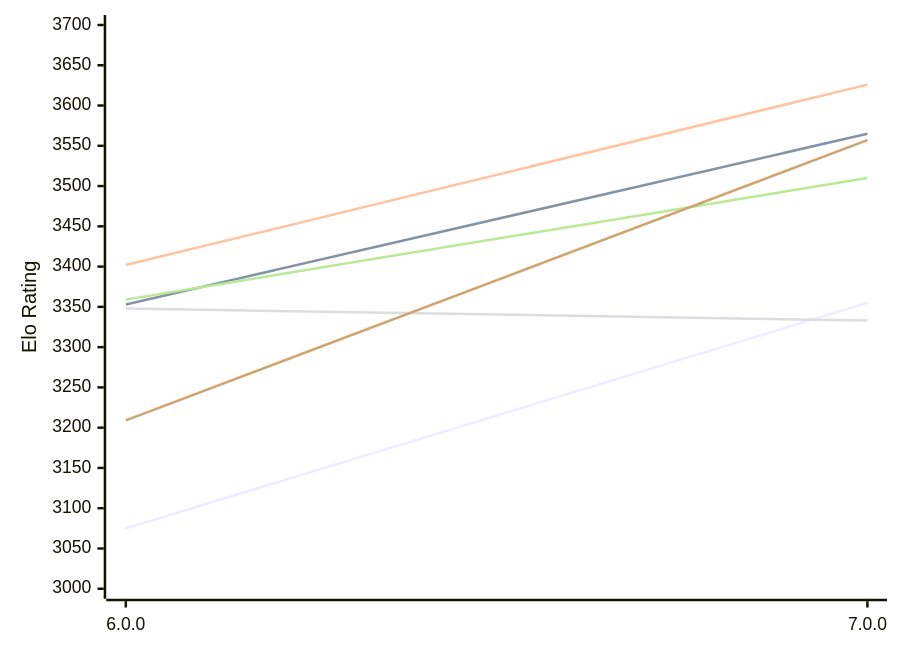
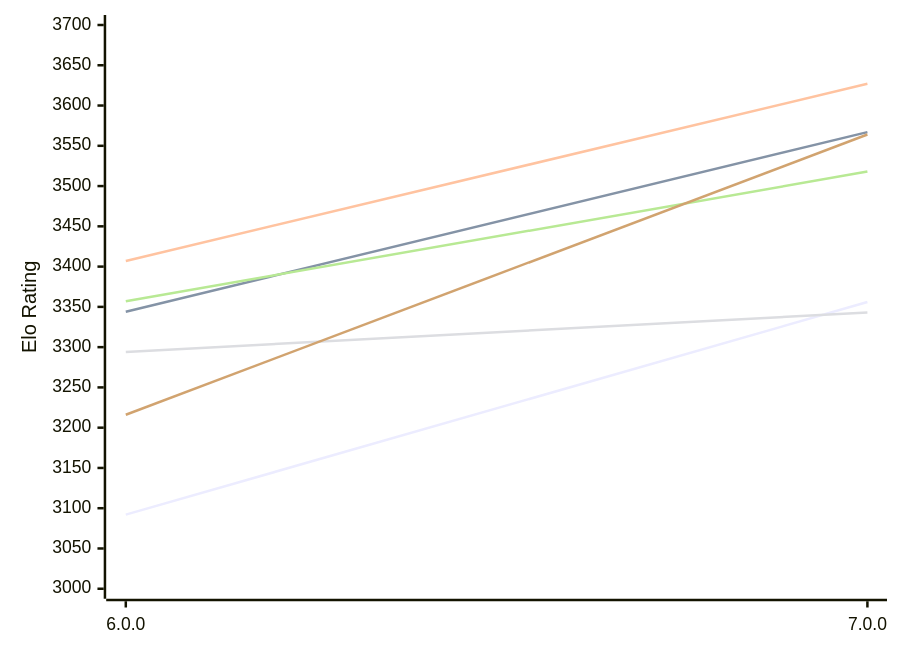
One commit to computer-chess-index/cci changed the first of 2 diagrams in engines/Minke.md. Above: the diagram before and after it, drawn with Mermaid. The commit also changed other lines of this file, not shown here.

Commit message:
Update CCI Ratings (ELO VLTC) - 2026-11-25

````diff
--- a/engines/Minke.md
+++ b/engines/Minke.md
@@ -53,12 +53,12 @@
 ```mermaid
 %%{init: {"theme":"base","themeVariables":{"seriesColors:['#a3a3a3','#222221','#faa371']}}}%%
 xychart-beta
   x-axis ["6.0.0", "7.0.0"]
   y-axis "Elo Rating" 3000 --> 3700
-  line "E1: STC (8.0+0.08s)" [3075, 3355]
-  line "E1: LTC (60.0+0.60s)" [3353, 3565]
-  line "E1: VLTC (2m24s+1.12s)" [3402, 3626]
-  line "P1: STC (8.0+0.08s)" [3348, 3333]
-  line "P1: LTC (60.0+0.60s)" [3359, 3510]
-  line "P1: VLTC (2m24s+1.12s)" [3209, 3557]
+  line "E1: STC (8.0+0.08s)" [3092, 3356]
+  line "E1: LTC (60.0+0.60s)" [3344, 3567]
+  line "E1: VLTC (2m24s+1.12s)" [3407, 3627]
+  line "P1: STC (8.0+0.08s)" [3294, 3343]
+  line "P1: LTC (60.0+0.60s)" [3357, 3518]
+  line "P1: VLTC (2m24s+1.12s)" [3216, 3564]
 ```
````
